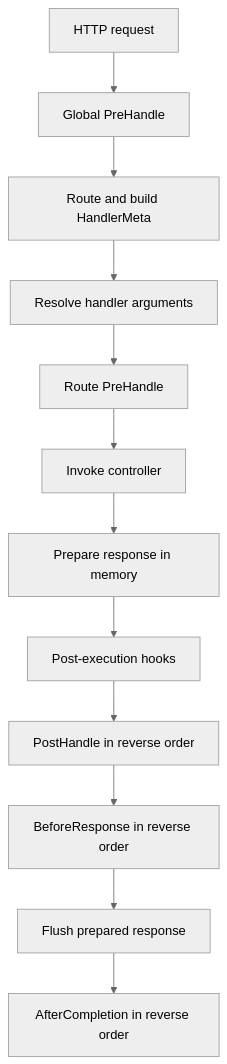
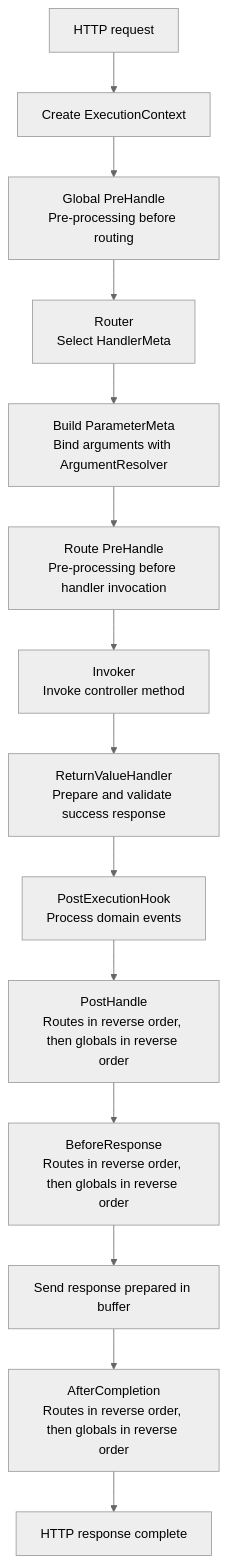
Before and after one commit to NARUBROWN/spine-site: the diagram in docs/en/learn/core-concepts/pipeline.md, drawn with Mermaid (neutral theme). The commit also changed other lines of this file and 158 other files, not shown here.

````diff
--- a/docs/en/learn/core-concepts/pipeline.md
+++ b/docs/en/learn/core-concepts/pipeline.md
@@ -13,14 +13,31 @@
 ```mermaid
-flowchart TD
-    Request["HTTP request"] --> GlobalPre["Global PreHandle"]
-    GlobalPre --> Route["Route and build HandlerMeta"]
-    Route --> Resolve["Resolve handler arguments"]
-    Resolve --> RoutePre["Route PreHandle"]
-    RoutePre --> Invoke["Invoke controller"]
-    Invoke --> Prepare["Prepare response in memory"]
-    Prepare --> Hooks["Post-execution hooks"]
-    Hooks --> Post["PostHandle in reverse order"]
-    Post --> Before["BeforeResponse in reverse order"]
-    Before --> Flush["Flush prepared response"]
-    Flush --> After["AfterCompletion in reverse order"]
+graph TD
+    Request["HTTP request"]
+    Context["Create ExecutionContext"]
+    GlobalPre["Global PreHandle<br>Pre-processing before routing"]
+    Router["Router<br>Select HandlerMeta"]
+    Binding["Build ParameterMeta<br>Bind arguments with ArgumentResolver"]
+    RoutePre["Route PreHandle<br>Pre-processing before handler invocation"]
+    Handler["Invoker<br>Invoke controller method"]
+    Return["ReturnValueHandler<br>Prepare and validate success response"]
+    Hook["PostExecutionHook<br>Process domain events"]
+    Post["PostHandle<br>Routes in reverse order, then globals in reverse order"]
+    Before["BeforeResponse<br>Routes in reverse order, then globals in reverse order"]
+    Flush["Send response prepared in buffer"]
+    After["AfterCompletion<br>Routes in reverse order, then globals in reverse order"]
+    Response["HTTP response complete"]
+
+    Request --> Context
+    Context --> GlobalPre
+    GlobalPre --> Router
+    Router --> Binding
+    Binding --> RoutePre
+    RoutePre --> Handler
+    Handler --> Return
+    Return --> Hook
+    Hook --> Post
+    Post --> Before
+    Before --> Flush
+    Flush --> After
+    After --> Response
 ```
````
